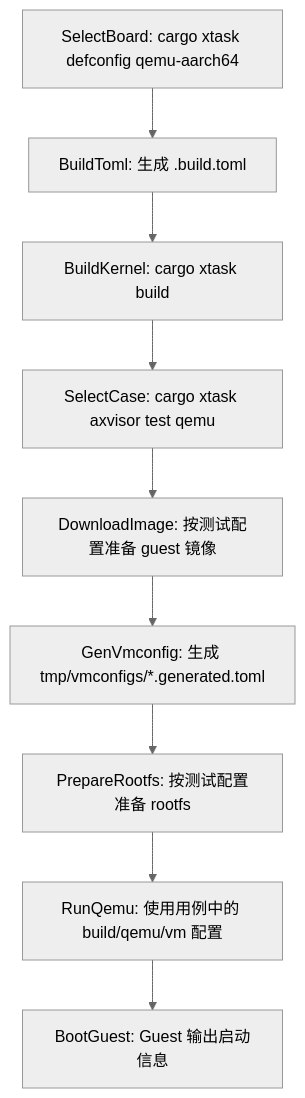
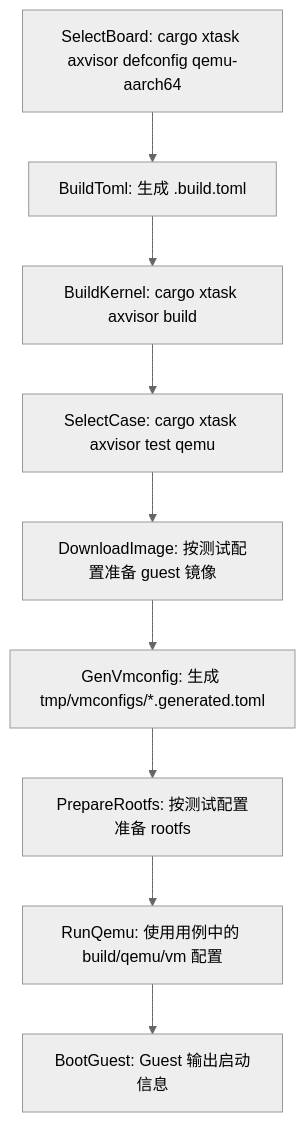
Before and after one commit to rcore-os/tgoskits: the second of 5 diagrams in docs/docs/architecture/axvisor/overview.md, drawn with Mermaid (neutral theme). The commit also changed 59 other files, not shown here.

````diff
--- a/docs/docs/architecture/axvisor/overview.md
+++ b/docs/docs/architecture/axvisor/overview.md
@@ -196,21 +196,21 @@
 ```mermaid
 flowchart TD
-    selectBoard["SelectBoard: cargo xtask defconfig qemu-aarch64"]
+    selectBoard["SelectBoard: cargo xtask axvisor defconfig qemu-aarch64"]
     buildToml["BuildToml: 生成 .build.toml"]
-    buildKernel["BuildKernel: cargo xtask build"]
+    buildKernel["BuildKernel: cargo xtask axvisor build"]
     selectCase["SelectCase: cargo xtask axvisor test qemu"]
     downloadImage["DownloadImage: 按测试配置准备 guest 镜像"]
     genVmconfig["GenVmconfig: 生成 tmp/vmconfigs/*.generated.toml"]
     prepareRootfs["PrepareRootfs: 按测试配置准备 rootfs"]
     runQemu["RunQemu: 使用用例中的 build/qemu/vm 配置"]
     bootGuest["BootGuest: Guest 输出启动信息"]
 
     selectBoard --> buildToml
     buildToml --> buildKernel
     buildKernel --> selectCase
     selectCase --> downloadImage
     downloadImage --> genVmconfig
     genVmconfig --> prepareRootfs
     prepareRootfs --> runQemu
     runQemu --> bootGuest
 ```
````
